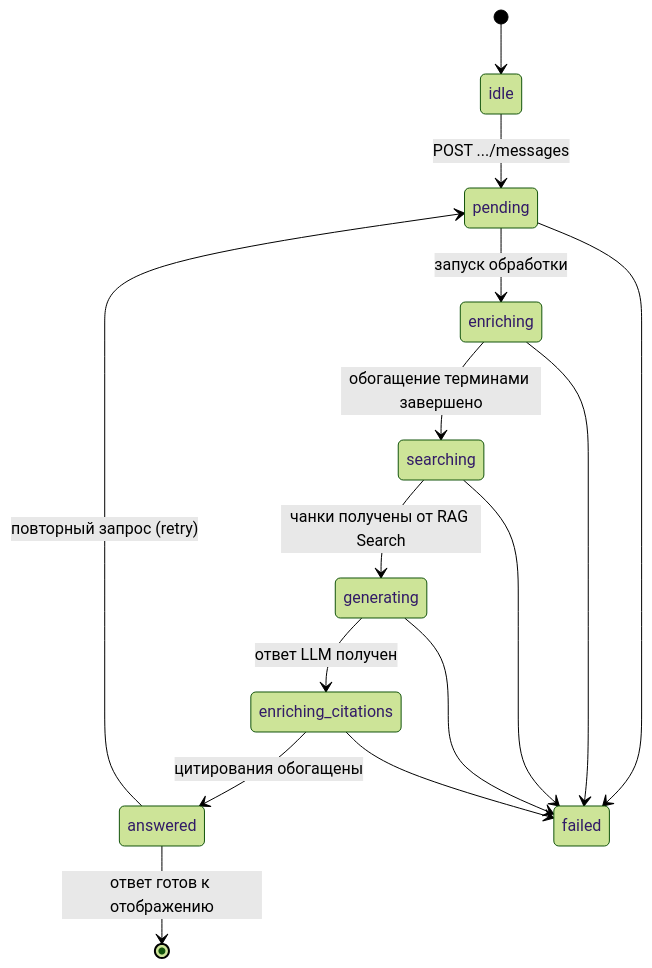
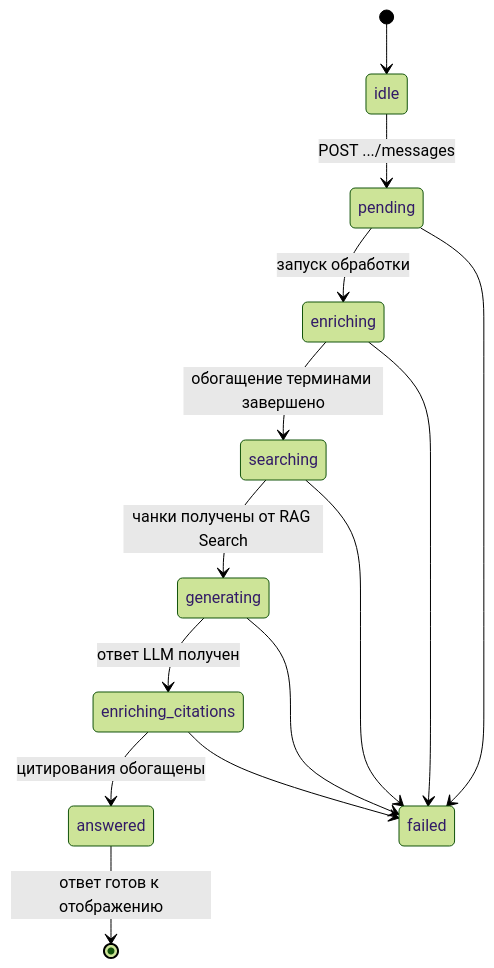
One commit to MasterKSAF/PKB changed the second of 3 diagrams in docs/pipelines/pipeline3-search.md. Above: the diagram before and after it, drawn with Mermaid (forest theme). The commit also changed other lines of this file and 12 other files, not shown here.

````diff
--- a/docs/pipelines/pipeline3-search.md
+++ b/docs/pipelines/pipeline3-search.md
@@ -163,19 +163,17 @@
 ```mermaid
 stateDiagram-v2
     [*] --> idle
     idle --> pending : POST .../messages
     pending --> enriching : запуск обработки
     enriching --> searching : обогащение терминами завершено
     searching --> generating : чанки получены от RAG Search
     generating --> enriching_citations : ответ LLM получен
     enriching_citations --> answered : цитирования обогащены
     answered --> [*] : ответ готов к отображению
 
     pending --> failed
     enriching --> failed
     searching --> failed
     generating --> failed
     enriching_citations --> failed
-    
-    answered --> pending : повторный запрос (retry)
 ```
````
